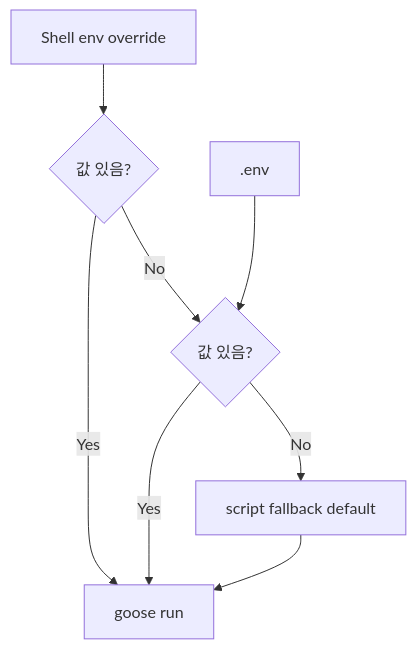
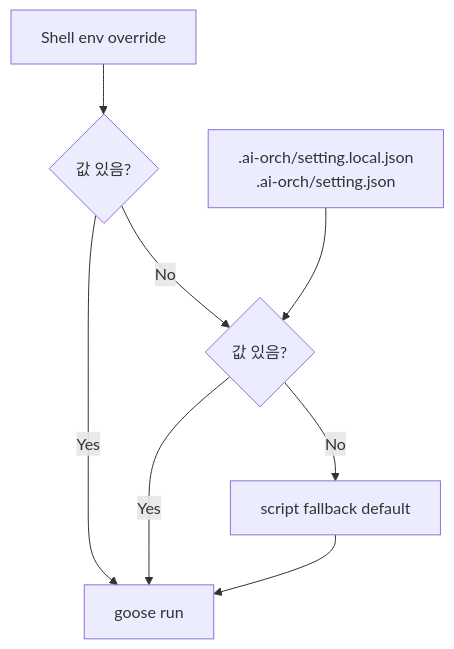
Before and after one commit to shaul1991/ai-orch: the third of 9 diagrams in docs/ai-orch-flow.md, drawn with Mermaid. The commit also changed other lines of this file and 32 other files, not shown here.

````diff
--- a/docs/ai-orch-flow.md
+++ b/docs/ai-orch-flow.md
@@ -103,11 +103,11 @@
 ```mermaid
 flowchart TD
     SH[Shell env override] --> PICK{값 있음?}
-    DOTENV[.env] --> PICK2{값 있음?}
+    DOTENV[.ai-orch/setting.local.json<br/>.ai-orch/setting.json] --> PICK2{값 있음?}
     DEFAULT[script fallback default] --> RUN[goose run]
 
     PICK -- Yes --> RUN
     PICK -- No --> PICK2
     PICK2 -- Yes --> RUN
     PICK2 -- No --> DEFAULT
 ```
````
